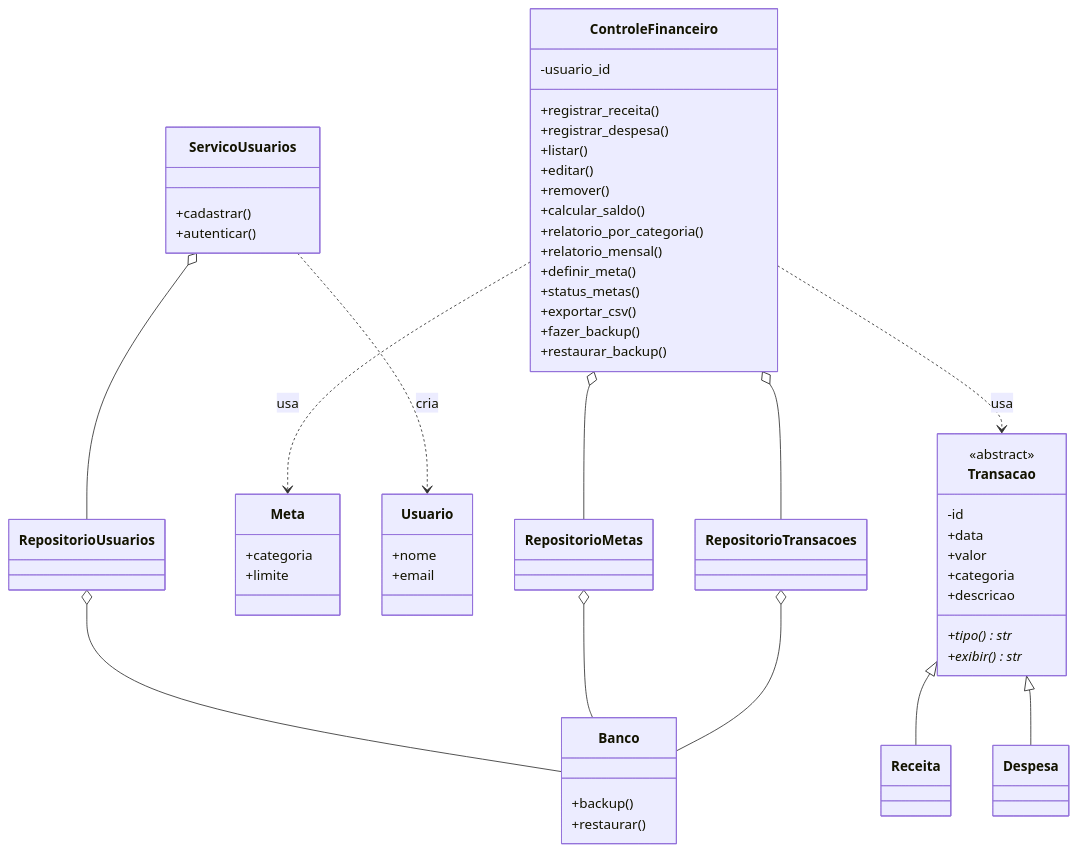
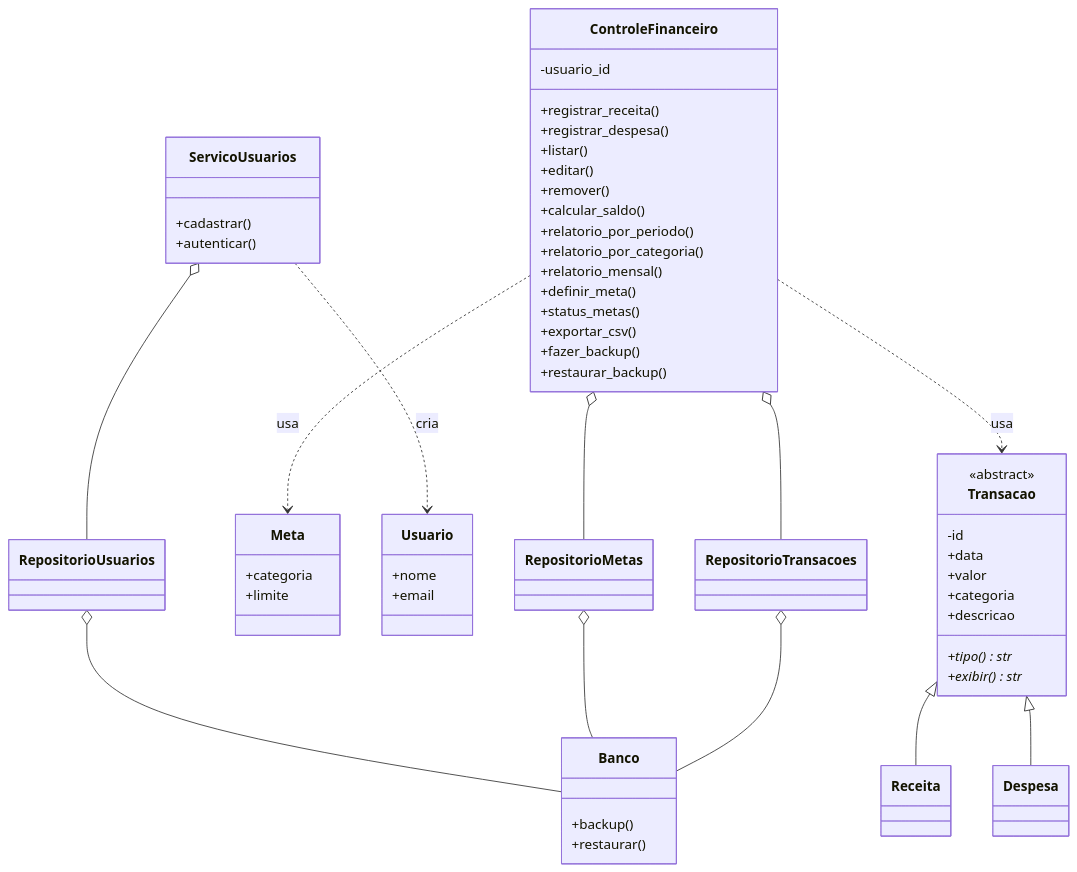
The second of 4 diagrams in docs/ARQUITETURA.md (diogotrade857-alt/controle-financeiro-pessoal), drawn with Mermaid before and after one commit. The commit also changed 11 other files, not shown here.

````diff
--- a/docs/ARQUITETURA.md
+++ b/docs/ARQUITETURA.md
@@ -22,63 +22,64 @@
 ```mermaid
 classDiagram
     class Transacao {
         <<abstract>>
         -id
         +data
         +valor
         +categoria
         +descricao
         +tipo()* str
         +exibir()* str
     }
     class Receita
     class Despesa
     class Meta {
         +categoria
         +limite
     }
     class Usuario {
         +nome
         +email
     }
     Transacao <|-- Receita
     Transacao <|-- Despesa
 
     class ControleFinanceiro {
         -usuario_id
         +registrar_receita()
         +registrar_despesa()
         +listar()
         +editar()
         +remover()
         +calcular_saldo()
+        +relatorio_por_periodo()
         +relatorio_por_categoria()
         +relatorio_mensal()
         +definir_meta()
         +status_metas()
         +exportar_csv()
         +fazer_backup()
         +restaurar_backup()
     }
     class ServicoUsuarios {
         +cadastrar()
         +autenticar()
     }
     class RepositorioTransacoes
     class RepositorioMetas
     class RepositorioUsuarios
     class Banco {
         +backup()
         +restaurar()
     }
 
     ControleFinanceiro o-- RepositorioTransacoes
     ControleFinanceiro o-- RepositorioMetas
     ControleFinanceiro ..> Transacao : usa
     ControleFinanceiro ..> Meta : usa
     ServicoUsuarios o-- RepositorioUsuarios
     ServicoUsuarios ..> Usuario : cria
     RepositorioTransacoes o-- Banco
     RepositorioMetas o-- Banco
     RepositorioUsuarios o-- Banco
 ```
````
